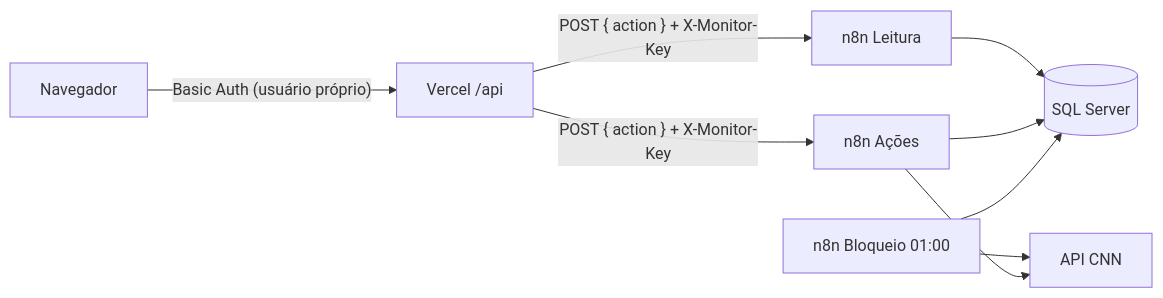
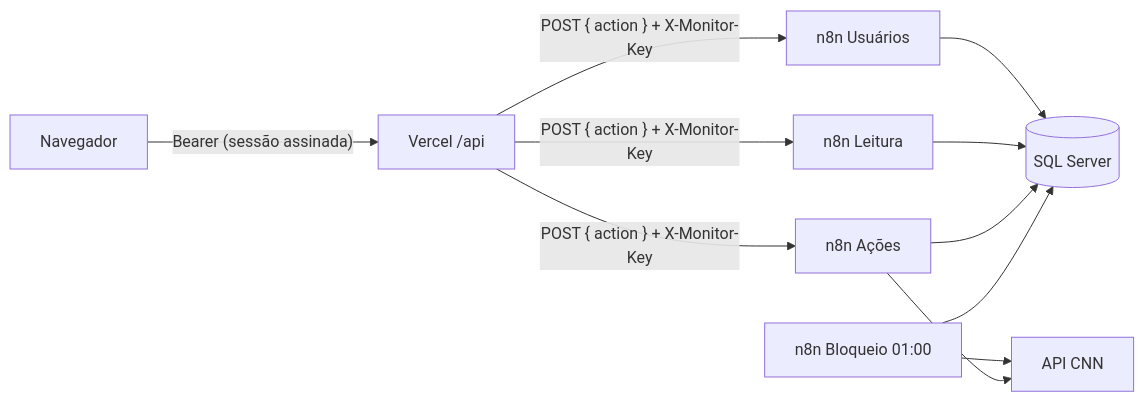
One commit to clariens/painel-integracao-desbloqueio-CNN-web changed the diagram in README.md. Above: the diagram before and after it, drawn with Mermaid. The commit also changed other lines of this file and 58 other files, not shown here.

````diff
--- a/README.md
+++ b/README.md
@@ -14,11 +15,13 @@
 ```mermaid
 flowchart LR
-    U["Navegador"] -- "Basic Auth (usuário próprio)" --> V["Vercel /api"]
+    U["Navegador"] -- "Bearer (sessão assinada)" --> V["Vercel /api"]
     V -- "POST { action } + X-Monitor-Key" --> L["n8n Leitura"]
     V -- "POST { action } + X-Monitor-Key" --> A["n8n Ações"]
+    V -- "POST { action } + X-Monitor-Key" --> US["n8n Usuários"]
+    US --> DB
     B["n8n Bloqueio 01:00"] --> CNN["API CNN"]
     A --> CNN
     L --> DB[("SQL Server")]
     A --> DB
     B --> DB
 ```
````
